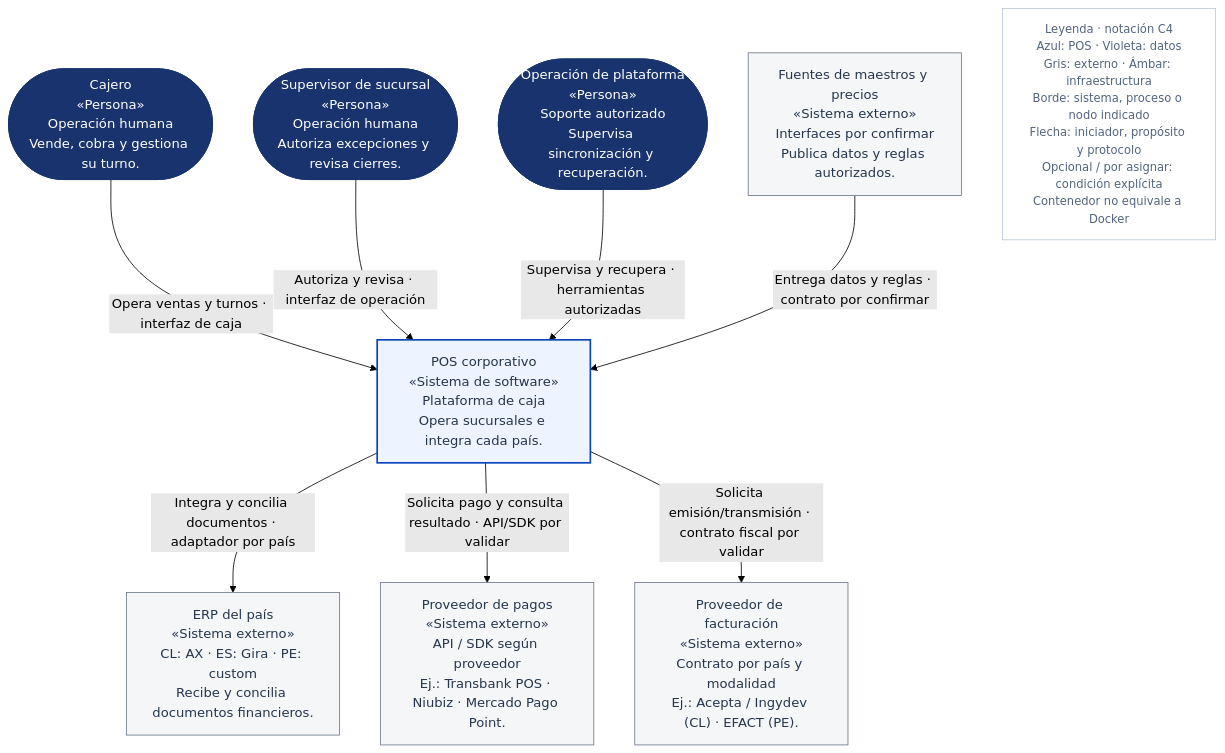
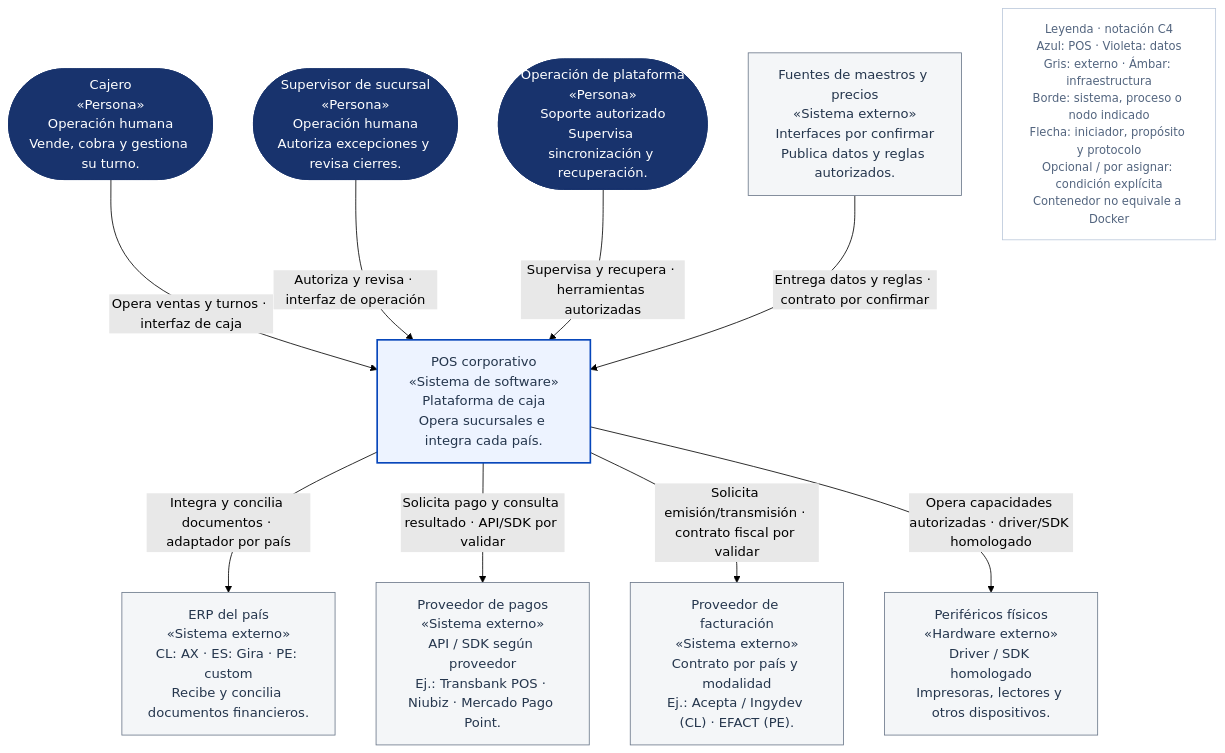
The diagram in docs/diagramas-excalidraw/mermaid/c4-context.mmd (developer-implementos/pos-docs), drawn with Mermaid (forest theme) before and after one commit. The commit also changed 94 other files, not shown here.

Commit message:
docs: define autonomous device agent across architecture and roadmap

```diff
--- a/docs/diagramas-excalidraw/mermaid/c4-context.mmd
+++ b/docs/diagramas-excalidraw/mermaid/c4-context.mmd
@@ -1,25 +1,27 @@
 flowchart TB
     accTitle: C1 · Contexto — El POS y su entorno
     accDescr: Un sistema POS corporativo; personas y sistemas externos. Representación lógica aplicable a cada país. La integración financiera, el precio autorizado, el pago y la fiscalidad tienen propietarios distintos. Los sistemas externos no se dan por homologados.
     cashier(["Cajero<br/>«Persona»<br/>Operación humana<br/>Vende, cobra y gestiona su turno."]):::person
     supervisor(["Supervisor de sucursal<br/>«Persona»<br/>Operación humana<br/>Autoriza excepciones y revisa cierres."]):::person
     support(["Operación de plataforma<br/>«Persona»<br/>Soporte autorizado<br/>Supervisa sincronización y recuperación."]):::person
     pos["POS corporativo<br/>«Sistema de software»<br/>Plataforma de caja<br/>Opera sucursales e integra cada país."]:::pos
     erp["ERP del país<br/>«Sistema externo»<br/>CL: AX · ES: Gira · PE: custom<br/>Recibe y concilia documentos financieros."]:::external
     masters["Fuentes de maestros y precios<br/>«Sistema externo»<br/>Interfaces por confirmar<br/>Publica datos y reglas autorizados."]:::external
     payments["Proveedor de pagos<br/>«Sistema externo»<br/>API / SDK según proveedor<br/>Ej.: Transbank POS · Niubiz · Mercado Pago Point."]:::external
     fiscal["Proveedor de facturación<br/>«Sistema externo»<br/>Contrato por país y modalidad<br/>Ej.: Acepta / Ingydev (CL) · EFACT (PE)."]:::external
+    peripherals["Periféricos físicos<br/>«Hardware externo»<br/>Driver / SDK homologado<br/>Impresoras, lectores y otros dispositivos."]:::external
     legend["Leyenda · notación C4<br/>Azul: POS · Violeta: datos<br/>Gris: externo · Ámbar: infraestructura<br/>Borde: sistema, proceso o nodo indicado<br/>Flecha: iniciador, propósito y protocolo<br/>Opcional / por asignar: condición explícita<br/>Contenedor no equivale a Docker"]:::key
     cashier -->|"Opera ventas y turnos · interfaz de caja"| pos
     supervisor -->|"Autoriza y revisa · interfaz de operación"| pos
     support -->|"Supervisa y recupera · herramientas autorizadas"| pos
     masters -->|"Entrega datos y reglas · contrato por confirmar"| pos
     pos -->|"Integra y concilia documentos · adaptador por país"| erp
     pos -->|"Solicita pago y consulta resultado · API/SDK por validar"| payments
     pos -->|"Solicita emisión/transmisión · contrato fiscal por validar"| fiscal
+    pos -->|"Opera capacidades autorizadas · driver/SDK homologado"| peripherals
     classDef pos fill:#EDF3FF,stroke:#0545BA,color:#25364D,stroke-width:2px
     classDef store fill:#F2EFFF,stroke:#6551A8,color:#25364D,stroke-width:2px
     classDef external fill:#F4F6F8,stroke:#6B788A,color:#25364D
     classDef person fill:#18336D,stroke:#18336D,color:#FFFFFF
     classDef infra fill:#FFF3E0,stroke:#A86516,color:#25364D
     classDef key fill:#FFFFFF,stroke:#BCC9DB,color:#53657F,font-size:14px
```
